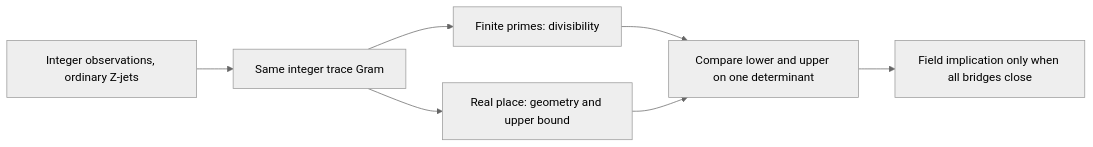
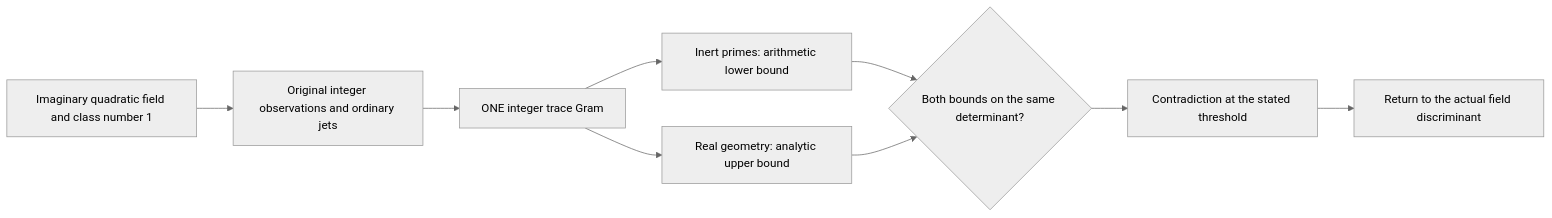
The diagram in README.md (Dojo-1/tenth-discriminant), drawn with Mermaid (neutral theme) before and after one commit. The commit also changed other lines of this file and 2 other files, not shown here.

Commit message:
Docs: human-first Tenth Discriminant README with checked GitHub math markup

````diff
--- a/README.md
+++ b/README.md
@@ -42,9 +54,11 @@
 ```mermaid
 flowchart LR
-    Q["Integer observations, ordinary Z-jets"] --> E["Same integer trace Gram"]
-    E --> P["Finite primes: divisibility"]
-    E --> A["Real place: geometry and upper bound"]
-    P --> C["Compare lower and upper on one determinant"]
+    K["Imaginary quadratic field and class number 1"] --> Q["Original integer observations and ordinary jets"]
+    Q --> G["ONE integer trace Gram"]
+    G --> P["Inert primes: arithmetic lower bound"]
+    G --> A["Real geometry: analytic upper bound"]
+    P --> C{"Both bounds on the same determinant?"}
     A --> C
-    C --> T["Field implication only when all bridges close"]
+    C --> X["Contradiction at the stated threshold"]
+    X --> F["Return to the actual field discriminant"]
 ```
````
